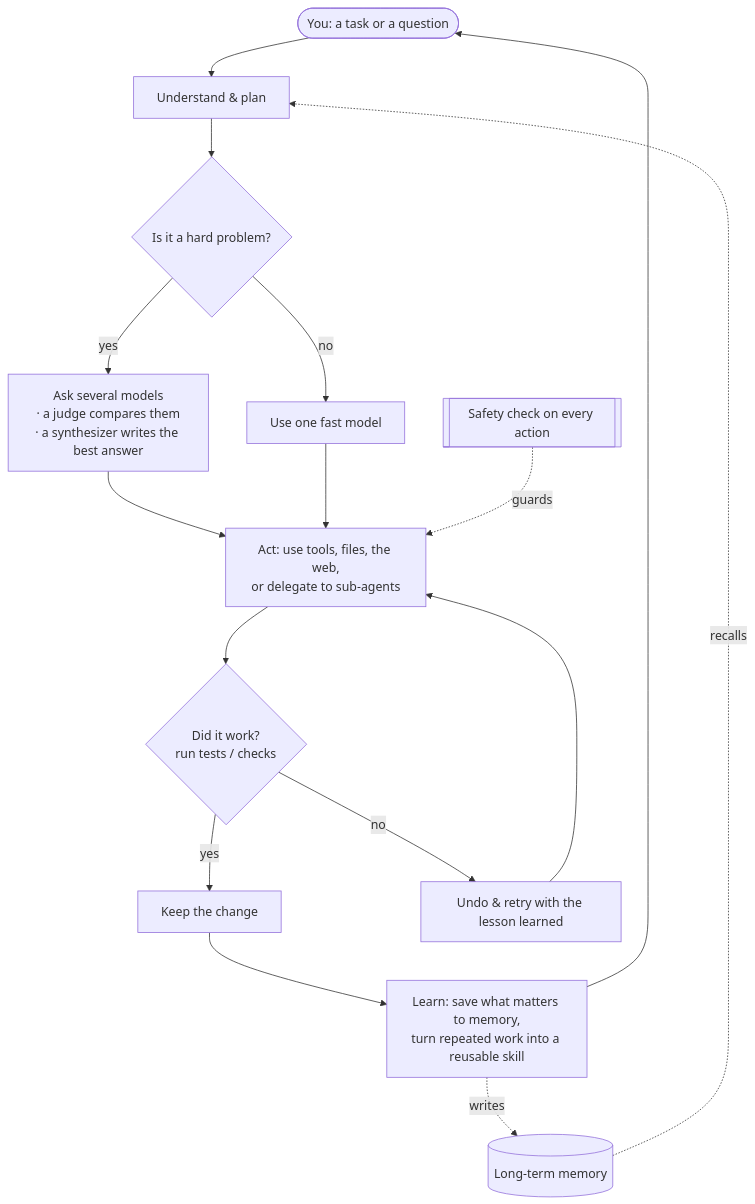
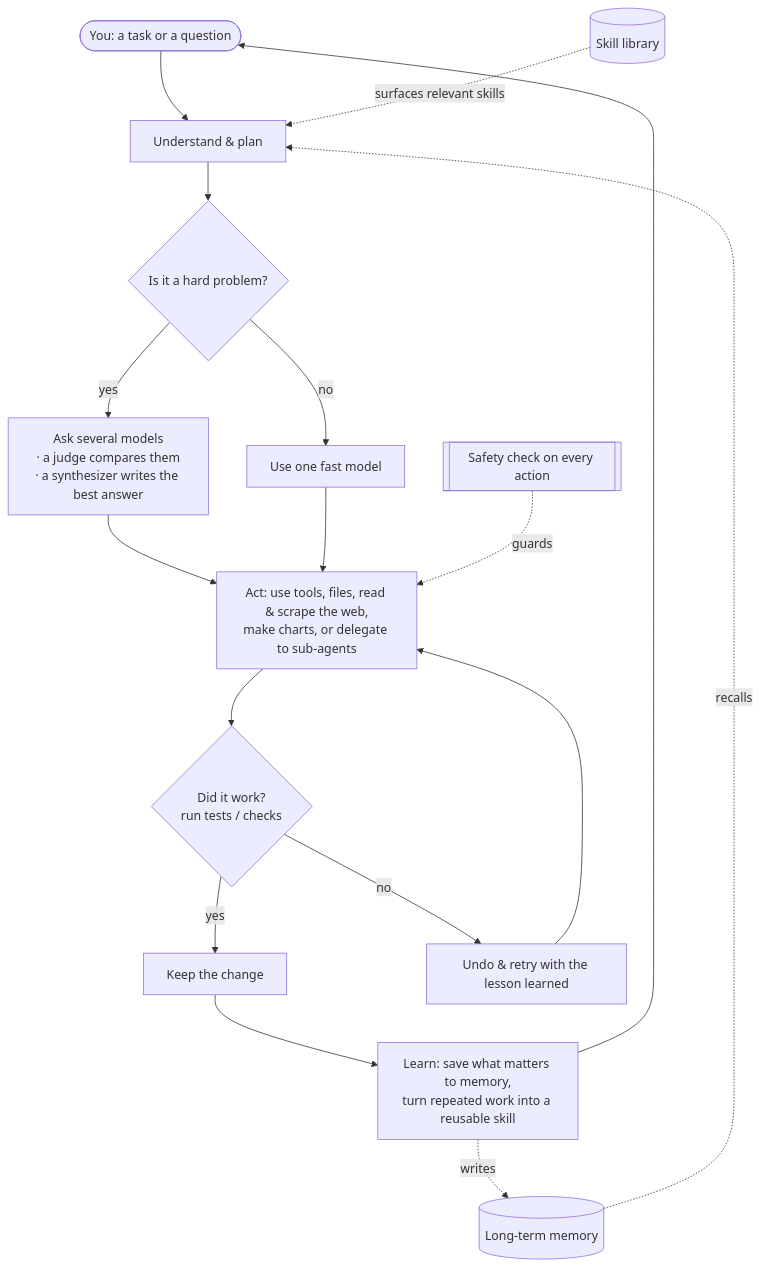
Before and after one commit to brcampidelli/chimera-agent: the diagram in README.md, drawn with Mermaid. The commit also changed other lines of this file and 6 other files, not shown here.

````diff
--- a/README.md
+++ b/README.md
@@ -178,18 +179,19 @@
 ```mermaid
 flowchart TD
     U([You: a task or a question]) --> P[Understand & plan]
     P --> Q{Is it a hard problem?}
     Q -- yes --> FUSION[Ask several models<br/>· a judge compares them<br/>· a synthesizer writes the best answer]
     Q -- no --> ONE[Use one fast model]
-    FUSION --> ACT[Act: use tools, files, the web,<br/>or delegate to sub-agents]
+    FUSION --> ACT[Act: use tools, files, read & scrape the web,<br/>make charts, or delegate to sub-agents]
     ONE --> ACT
     ACT --> V{Did it work?<br/>run tests / checks}
     V -- yes --> KEEP[Keep the change]
     V -- no --> REVERT[Undo & retry with the lesson learned]
     REVERT --> ACT
     KEEP --> LEARN[Learn: save what matters to memory,<br/>turn repeated work into a reusable skill]
     LEARN --> U
     MEM[(Long-term memory)] -. recalls .-> P
     LEARN -. writes .-> MEM
+    SKILLS[(Skill library)] -. surfaces relevant skills .-> P
     GOV[[Safety check on every action]] -. guards .-> ACT
 ```
````
